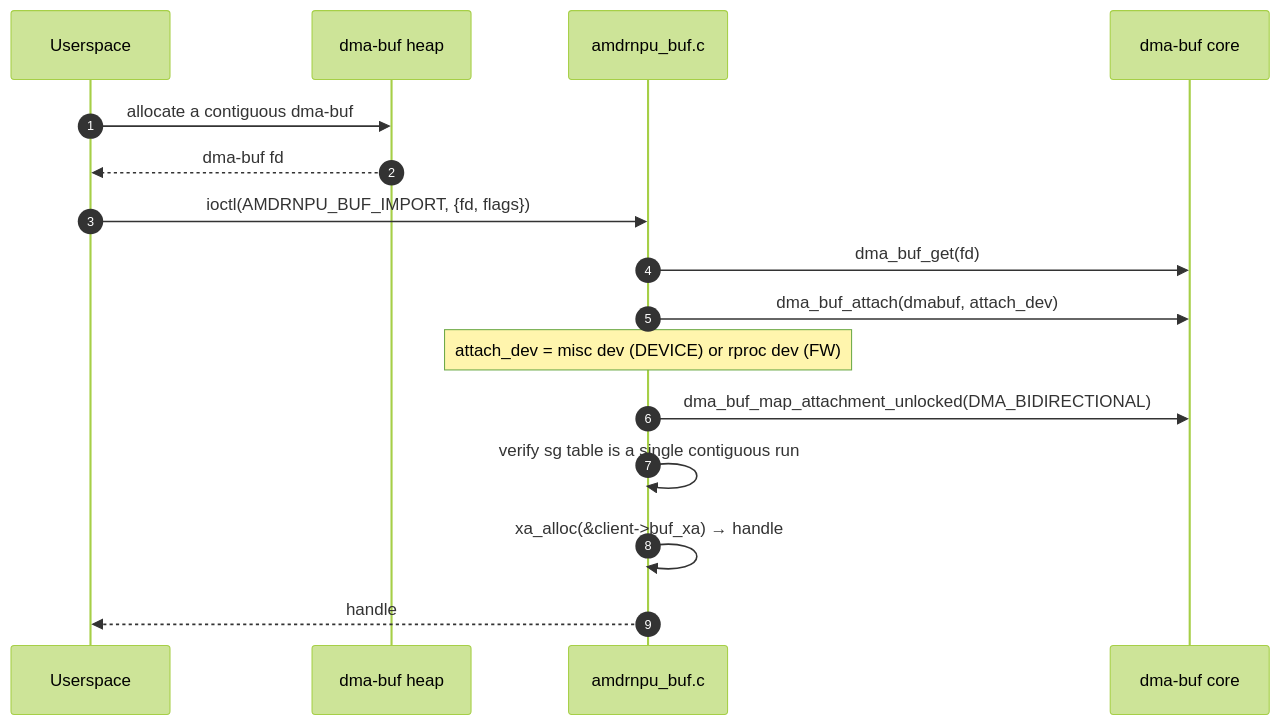
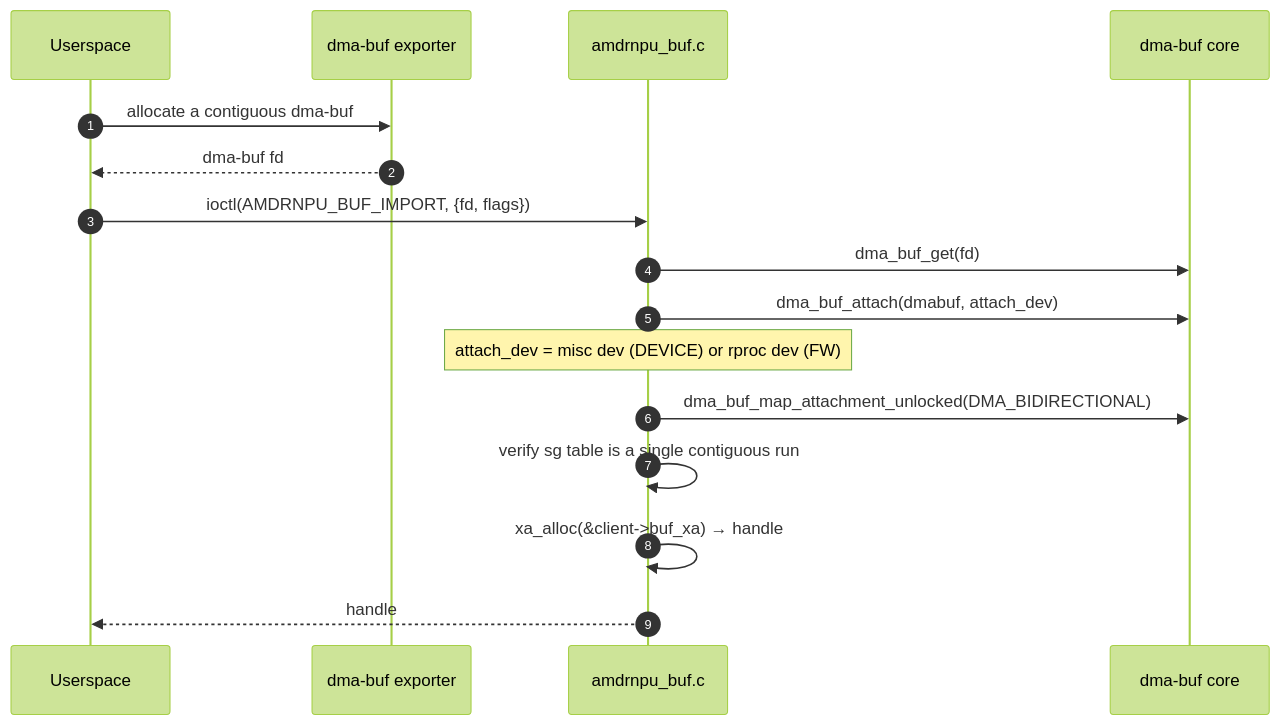
Before and after one commit to Xilinx/amdrnpu: the fourth of 5 diagrams in docs/buffer-management.md, drawn with Mermaid (forest theme). The commit also changed other lines of this file and 7 other files, not shown here.

````diff
--- a/docs/buffer-management.md
+++ b/docs/buffer-management.md
@@ -81,19 +147,19 @@
 ```mermaid
 sequenceDiagram
     autonumber
     participant U as Userspace
-    participant HEAP as dma-buf heap
+    participant EXP as dma-buf exporter
     participant K as amdrnpu_buf.c
     participant DMABUF as dma-buf core
 
-    U->>HEAP: allocate a contiguous dma-buf
-    HEAP-->>U: dma-buf fd
+    U->>EXP: allocate a contiguous dma-buf
+    EXP-->>U: dma-buf fd
     U->>K: ioctl(AMDRNPU_BUF_IMPORT, {fd, flags})
     K->>DMABUF: dma_buf_get(fd)
     K->>DMABUF: dma_buf_attach(dmabuf, attach_dev)
     Note over K: attach_dev = misc dev (DEVICE) or rproc dev (FW)
     K->>DMABUF: dma_buf_map_attachment_unlocked(DMA_BIDIRECTIONAL)
     K->>K: verify sg table is a single contiguous run
     K->>K: xa_alloc(&client->buf_xa) → handle
     K-->>U: handle
 ```
````
